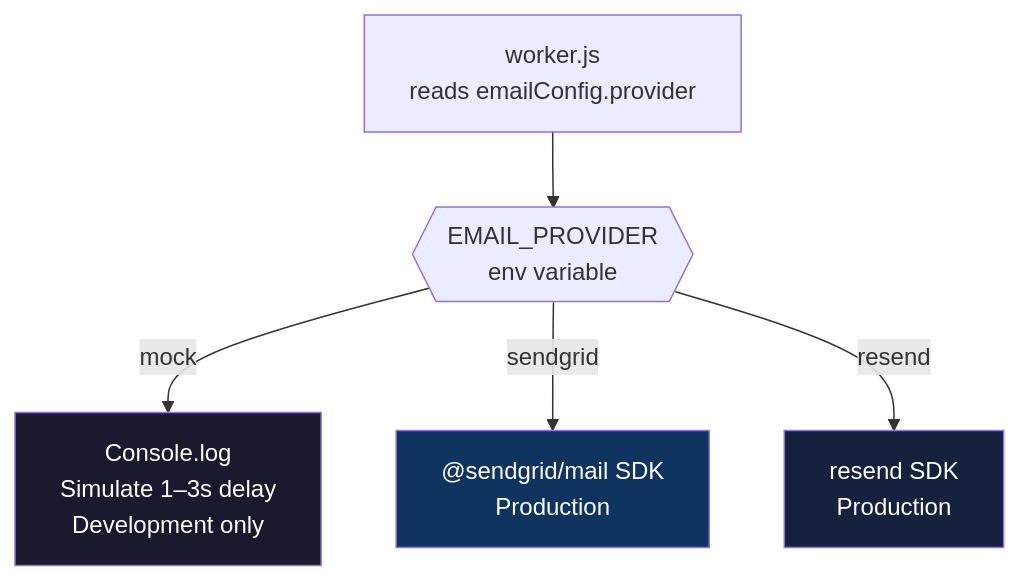
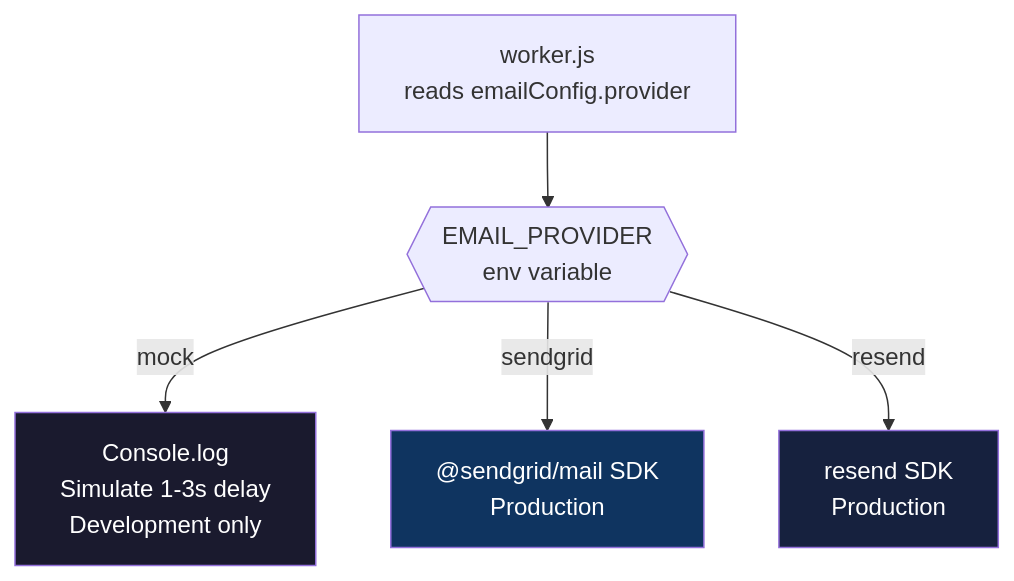
Diagram 15 of 15 in README.md (Ochanda-Charles/Event-scheduling-system), drawn with Mermaid before and after one commit. The commit also changed other lines of this file, not shown here.

Commit message:
docs: fix mermaid diagram rendering with proper indentation and syntax

````diff
--- a/README.md
+++ b/README.md
@@ -768,11 +768,11 @@
 ```mermaid
 flowchart TD
- Worker["worker.js\nreads emailConfig.provider"] --> Decision{{"EMAIL_PROVIDER\nenv variable"}}
- Decision -- "mock" --> Mock["Console.log\nSimulate 1–3s delay\nDevelopment only"]
- Decision -- "sendgrid" --> SG["@sendgrid/mail SDK\nProduction"]
- Decision -- "resend" --> Resend["resend SDK\nProduction"]
+    Worker["worker.js\nreads emailConfig.provider"] --> Decision{{"EMAIL_PROVIDER\nenv variable"}}
+    Decision -- "mock" --> Mock["Console.log\nSimulate 1-3s delay\nDevelopment only"]
+    Decision -- "sendgrid" --> SG["@sendgrid/mail SDK\nProduction"]
+    Decision -- "resend" --> Resend["resend SDK\nProduction"]
 
- style Mock fill:#1a1a2e,color:#fff
- style SG fill:#0f3460,color:#fff
- style Resend fill:#16213e,color:#fff
+    style Mock fill:#1a1a2e,color:#fff
+    style SG fill:#0f3460,color:#fff
+    style Resend fill:#16213e,color:#fff
 ```
````
